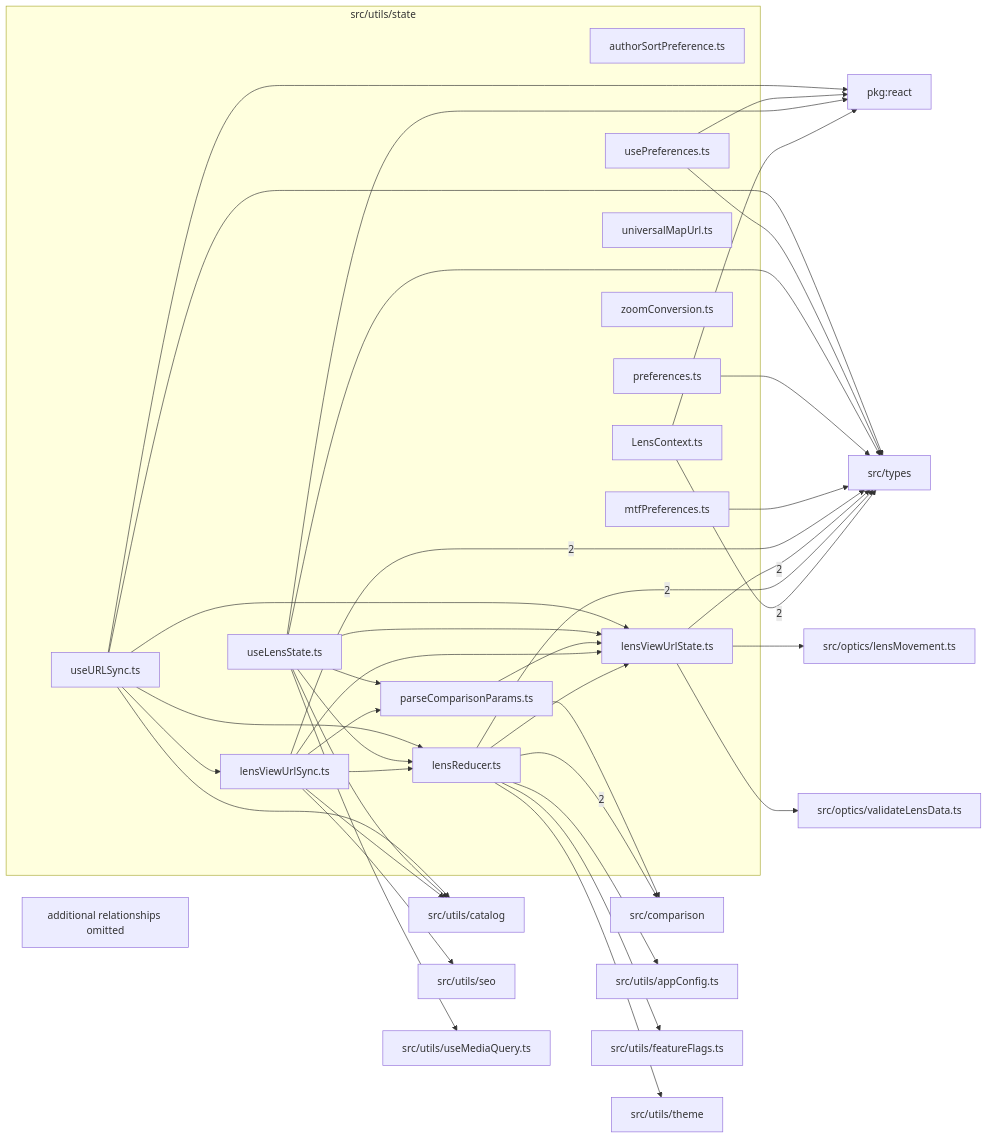
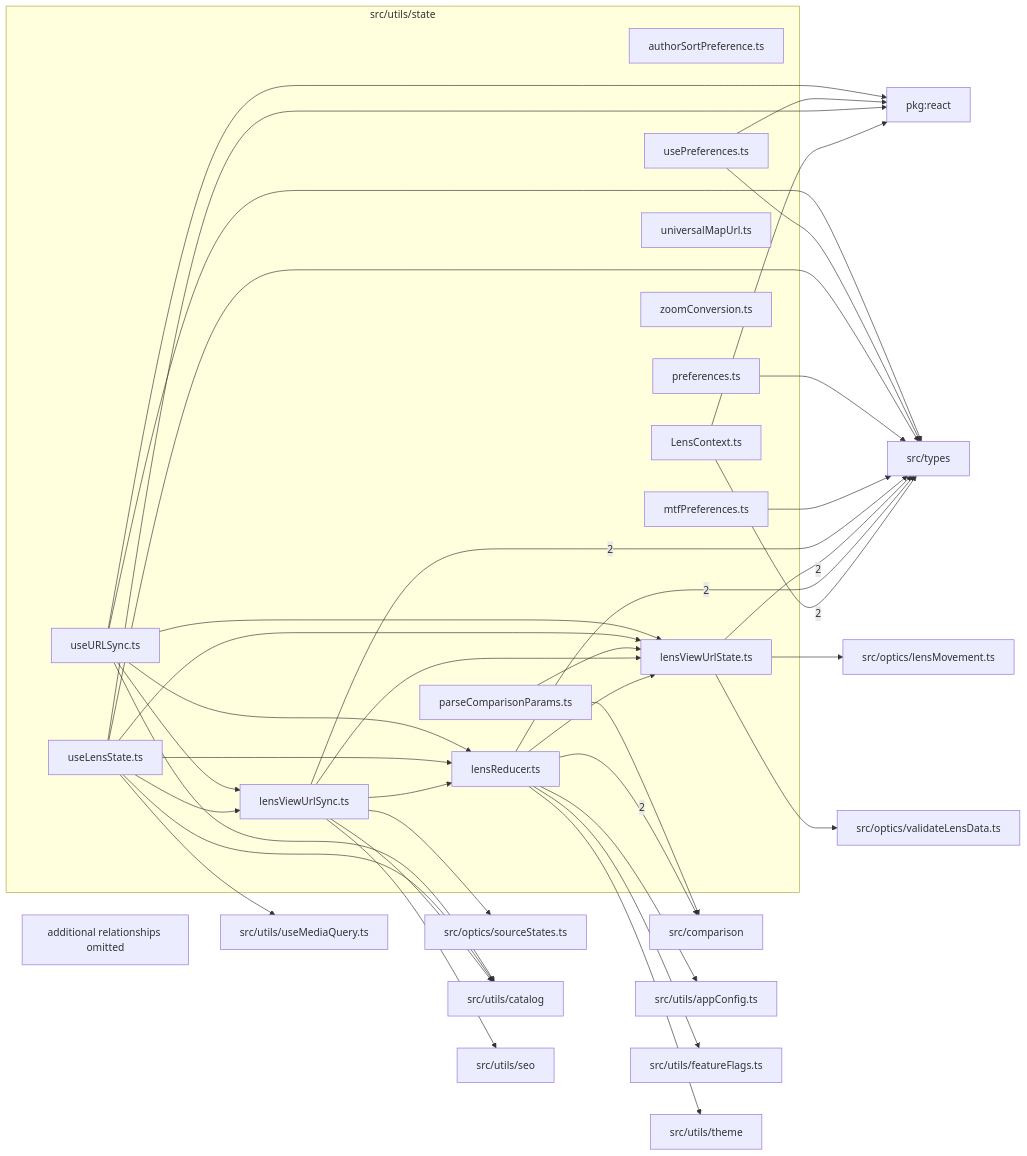
One commit to ronbuening/LensVisualizer changed the diagram in src/utils/state/readme.md. Above: the diagram before and after it, drawn with Mermaid. The commit also changed other lines of this file and 13 other files, not shown here.

````diff
--- a/src/utils/state/readme.md
+++ b/src/utils/state/readme.md
@@ -9,66 +9,67 @@
 ```mermaid
 flowchart LR
   subgraph n_src_utils_state["src/utils/state"]
     n_src_utils_state_src_utils_state_authorSortPreference_ts["authorSortPreference.ts"]
     n_src_utils_state_src_utils_state_LensContext_ts["LensContext.ts"]
     n_src_utils_state_src_utils_state_lensReducer_ts["lensReducer.ts"]
     n_src_utils_state_src_utils_state_lensViewUrlState_ts["lensViewUrlState.ts"]
     n_src_utils_state_src_utils_state_lensViewUrlSync_ts["lensViewUrlSync.ts"]
     n_src_utils_state_src_utils_state_mtfPreferences_ts["mtfPreferences.ts"]
     n_src_utils_state_src_utils_state_parseComparisonParams_ts["parseComparisonParams.ts"]
     n_src_utils_state_src_utils_state_preferences_ts["preferences.ts"]
     n_src_utils_state_src_utils_state_universalMapUrl_ts["universalMapUrl.ts"]
     n_src_utils_state_src_utils_state_useLensState_ts["useLensState.ts"]
     n_src_utils_state_src_utils_state_usePreferences_ts["usePreferences.ts"]
     n_src_utils_state_src_utils_state_useURLSync_ts["useURLSync.ts"]
     n_src_utils_state_src_utils_state_zoomConversion_ts["zoomConversion.ts"]
   end
   n_external_src_comparison["src/comparison"]
   n_external_src_types["src/types"]
   n_external_pkg_react["pkg:react"]
   n_external_src_optics_lensMovement_ts["src/optics/lensMovement.ts"]
+  n_external_src_optics_sourceStates_ts["src/optics/sourceStates.ts"]
   n_external_src_optics_validateLensData_ts["src/optics/validateLensData.ts"]
   n_external_src_utils_appConfig_ts["src/utils/appConfig.ts"]
   n_external_src_utils_catalog["src/utils/catalog"]
   n_external_src_utils_featureFlags_ts["src/utils/featureFlags.ts"]
   n_external_src_utils_seo["src/utils/seo"]
   n_external_src_utils_theme["src/utils/theme"]
   n_external_src_utils_useMediaQuery_ts["src/utils/useMediaQuery.ts"]
   n_src_utils_state_src_utils_state_lensReducer_ts --> |2| n_external_src_comparison
   n_src_utils_state_src_utils_state_LensContext_ts --> |2| n_external_src_types
   n_src_utils_state_src_utils_state_lensReducer_ts --> |2| n_external_src_types
   n_src_utils_state_src_utils_state_lensViewUrlState_ts --> |2| n_external_src_types
   n_src_utils_state_src_utils_state_lensViewUrlSync_ts --> |2| n_external_src_types
   n_src_utils_state_src_utils_state_LensContext_ts --> n_external_pkg_react
   n_src_utils_state_src_utils_state_useLensState_ts --> n_external_pkg_react
   n_src_utils_state_src_utils_state_usePreferences_ts --> n_external_pkg_react
   n_src_utils_state_src_utils_state_useURLSync_ts --> n_external_pkg_react
   n_src_utils_state_src_utils_state_parseComparisonParams_ts --> n_external_src_comparison
   n_src_utils_state_src_utils_state_lensViewUrlState_ts --> n_external_src_optics_lensMovement_ts
+  n_src_utils_state_src_utils_state_lensViewUrlSync_ts --> n_external_src_optics_sourceStates_ts
   n_src_utils_state_src_utils_state_lensViewUrlState_ts --> n_external_src_optics_validateLensData_ts
   n_src_utils_state_src_utils_state_mtfPreferences_ts --> n_external_src_types
   n_src_utils_state_src_utils_state_preferences_ts --> n_external_src_types
   n_src_utils_state_src_utils_state_useLensState_ts --> n_external_src_types
   n_src_utils_state_src_utils_state_usePreferences_ts --> n_external_src_types
   n_src_utils_state_src_utils_state_useURLSync_ts --> n_external_src_types
   n_src_utils_state_src_utils_state_lensReducer_ts --> n_external_src_utils_appConfig_ts
   n_src_utils_state_src_utils_state_lensViewUrlSync_ts --> n_external_src_utils_catalog
   n_src_utils_state_src_utils_state_useLensState_ts --> n_external_src_utils_catalog
   n_src_utils_state_src_utils_state_useURLSync_ts --> n_external_src_utils_catalog
   n_src_utils_state_src_utils_state_lensReducer_ts --> n_external_src_utils_featureFlags_ts
   n_src_utils_state_src_utils_state_lensViewUrlSync_ts --> n_external_src_utils_seo
   n_src_utils_state_src_utils_state_lensReducer_ts --> n_external_src_utils_theme
   n_src_utils_state_src_utils_state_useLensState_ts --> n_external_src_utils_useMediaQuery_ts
   n_src_utils_state_src_utils_state_lensViewUrlSync_ts --> n_src_utils_state_src_utils_state_lensReducer_ts
   n_src_utils_state_src_utils_state_useLensState_ts --> n_src_utils_state_src_utils_state_lensReducer_ts
   n_src_utils_state_src_utils_state_useURLSync_ts --> n_src_utils_state_src_utils_state_lensReducer_ts
   n_src_utils_state_src_utils_state_lensReducer_ts --> n_src_utils_state_src_utils_state_lensViewUrlState_ts
   n_src_utils_state_src_utils_state_lensViewUrlSync_ts --> n_src_utils_state_src_utils_state_lensViewUrlState_ts
   n_src_utils_state_src_utils_state_parseComparisonParams_ts --> n_src_utils_state_src_utils_state_lensViewUrlState_ts
   n_src_utils_state_src_utils_state_useLensState_ts --> n_src_utils_state_src_utils_state_lensViewUrlState_ts
   n_src_utils_state_src_utils_state_useURLSync_ts --> n_src_utils_state_src_utils_state_lensViewUrlState_ts
+  n_src_utils_state_src_utils_state_useLensState_ts --> n_src_utils_state_src_utils_state_lensViewUrlSync_ts
   n_src_utils_state_src_utils_state_useURLSync_ts --> n_src_utils_state_src_utils_state_lensViewUrlSync_ts
-  n_src_utils_state_src_utils_state_lensViewUrlSync_ts --> n_src_utils_state_src_utils_state_parseComparisonParams_ts
-  n_src_utils_state_src_utils_state_useLensState_ts --> n_src_utils_state_src_utils_state_parseComparisonParams_ts
   n_src_utils_state_truncated["additional relationships omitted"]
 ```
````
